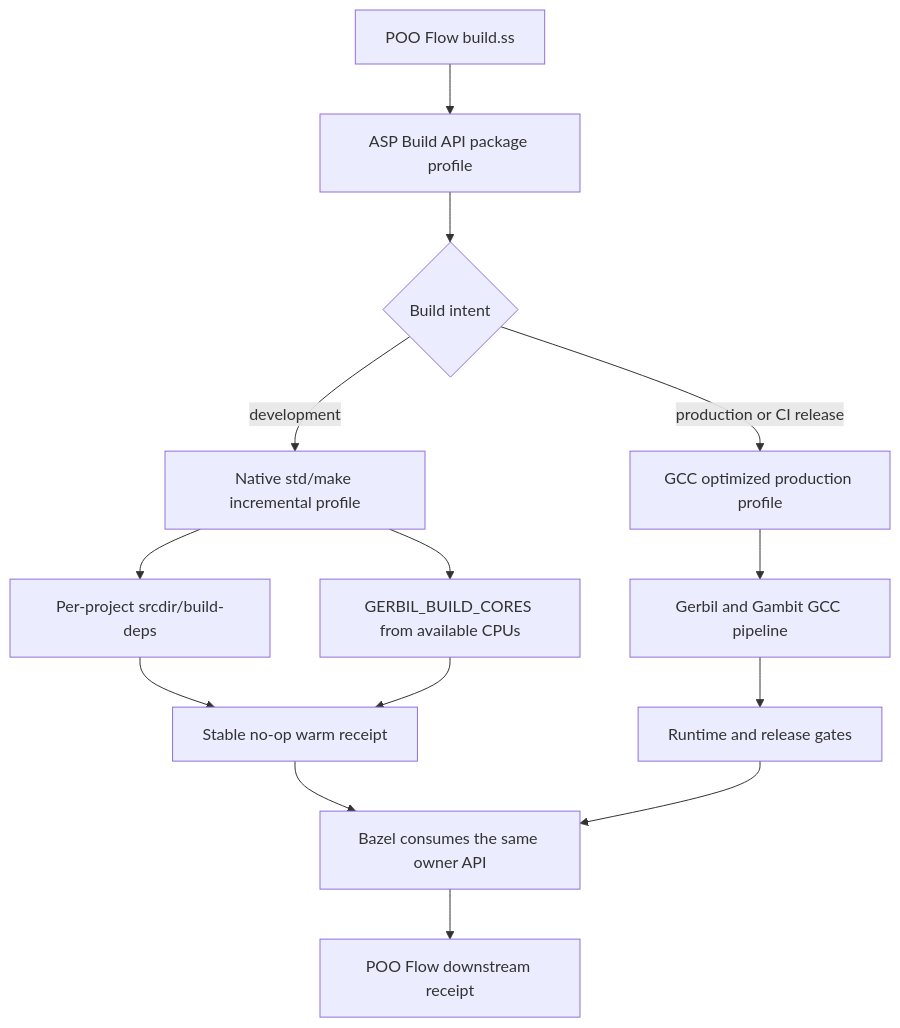
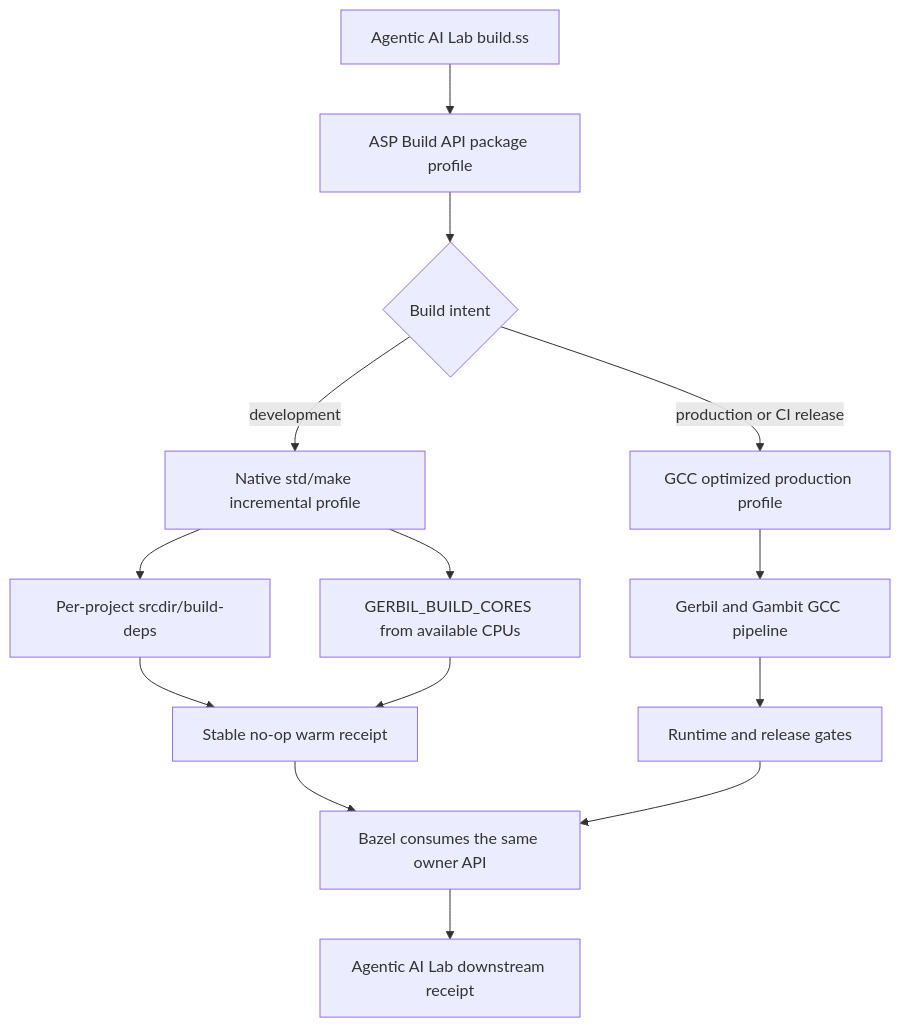
Before and after one commit to tao3k/gebril-yuanxu: diagram 18 of 20 in module-system/design/156-gerbil-bazel-pr29-downstream-performance-receipt.org, drawn with Mermaid. The commit also changed other lines of this file and 507 other files, not shown here.

```diff
--- a/module-system/design/156-gerbil-bazel-pr29-downstream-performance-receipt.org
+++ b/module-system/design/156-gerbil-bazel-pr29-downstream-performance-receipt.org
@@ -1364,16 +1364,16 @@
 #+begin_src mermaid
 flowchart TD
-    A[POO Flow build.ss] --> B[ASP Build API package profile]
+    A[Agentic AI Lab build.ss] --> B[ASP Build API package profile]
     B --> C{Build intent}
     C -->|development| D[Native std/make incremental profile]
     C -->|production or CI release| E[GCC optimized production profile]
     D --> F[Per-project srcdir/build-deps]
     D --> G[GERBIL_BUILD_CORES from available CPUs]
     E --> H[Gerbil and Gambit GCC pipeline]
     F --> I[Stable no-op warm receipt]
     G --> I
     H --> J[Runtime and release gates]
     I --> K[Bazel consumes the same owner API]
     J --> K
-    K --> L[POO Flow downstream receipt]
+    K --> L[Agentic AI Lab downstream receipt]
 #+end_src
```
